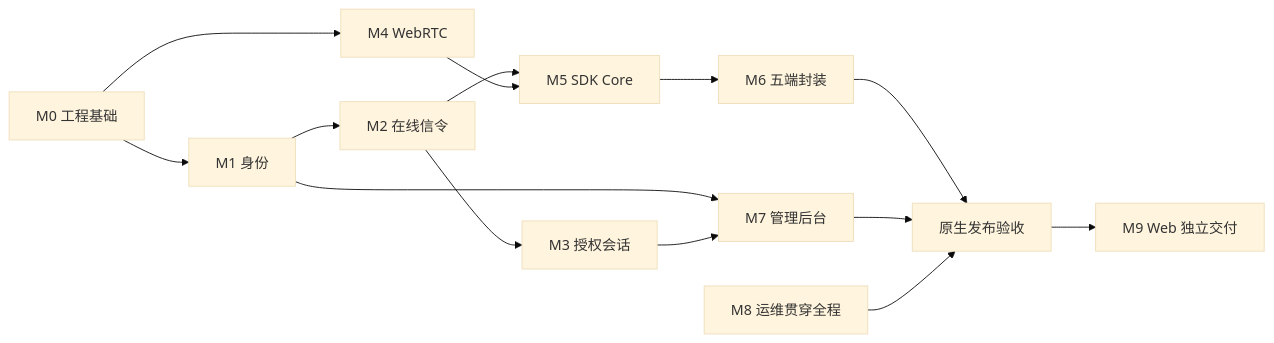
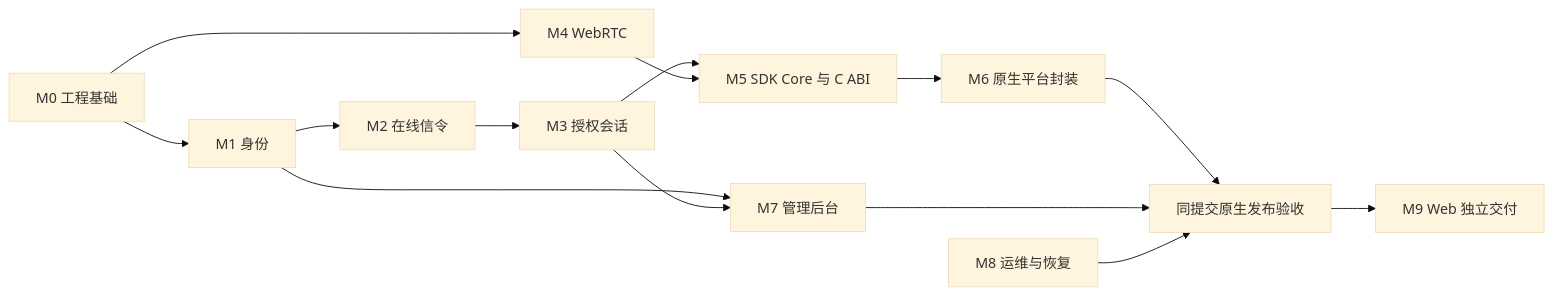
The diagram in docs/开发与验收.md (barry-ran/peerloom), drawn with Mermaid (base theme) before and after one commit. The commit also changed other lines of this file and 12 other files, not shown here.

````diff
--- a/docs/开发与验收.md
+++ b/docs/开发与验收.md
@@ -19,16 +21,16 @@
 ```mermaid
 flowchart LR
     M0[M0 工程基础] --> M1[M1 身份]
     M0 --> M4[M4 WebRTC]
     M1 --> M2[M2 在线信令]
     M2 --> M3[M3 授权会话]
-    M2 --> M5[M5 SDK Core]
+    M3 --> M5[M5 SDK Core 与 C ABI]
     M4 --> M5
-    M5 --> M6[M6 五端封装]
+    M5 --> M6[M6 原生平台封装]
     M1 --> M7[M7 管理后台]
     M3 --> M7
-    M6 --> R[原生发布验收]
+    M6 --> R[同提交原生发布验收]
     M7 --> R
-    M8[M8 运维贯穿全程] --> R
+    M8[M8 运维与恢复] --> R
     R --> M9[M9 Web 独立交付]
 ```
````
